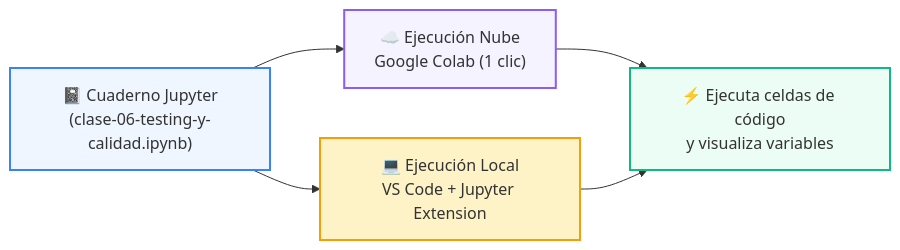
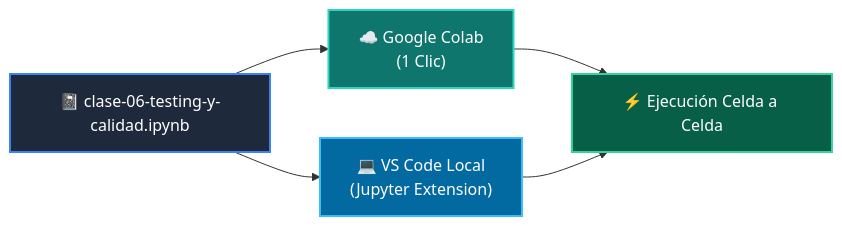
Before and after one commit to wisrovi/wisrovi-python: the diagram in 04-proyecto-final/clase-06-testing-y-calidad/notebook/README.md, drawn with Mermaid. The commit also changed other lines of this file and 271 other files, not shown here.

Commit message:
docs: rewrite all README.md files with bespoke topic-specific Mermaid diagrams and remove repetitive boilerplate

````diff
--- a/04-proyecto-final/clase-06-testing-y-calidad/notebook/README.md
+++ b/04-proyecto-final/clase-06-testing-y-calidad/notebook/README.md
@@ -14,12 +12,12 @@
 ```mermaid
 flowchart LR
-    NB["📓 Cuaderno Jupyter<br/>(clase-06-testing-y-calidad.ipynb)"] --> COLAB["☁️ Ejecución Nube<br/>Google Colab (1 clic)"]
-    NB --> LOCAL["💻 Ejecución Local<br/>VS Code + Jupyter Extension"]
-    COLAB --> RUN["⚡ Ejecuta celdas de código<br/>y visualiza variables"]
+    NB["📓 clase-06-testing-y-calidad.ipynb"] --> COLAB["☁️ Google Colab<br/>(1 Clic)"]
+    NB --> LOCAL["💻 VS Code Local<br/>(Jupyter Extension)"]
+    COLAB --> RUN["⚡ Ejecución Celda a Celda"]
     LOCAL --> RUN
 
-    style NB fill:#eff6ff,stroke:#3b82f6,stroke-width:2px
-    style COLAB fill:#f5f3ff,stroke:#8b5cf6,stroke-width:2px
-    style LOCAL fill:#fef3c7,stroke:#f59e0b,stroke-width:2px
-    style RUN fill:#ecfdf5,stroke:#10b981,stroke-width:2px
+    style NB fill:#1e293b,color:#fff,stroke:#3b82f6,stroke-width:2px
+    style COLAB fill:#0f766e,color:#fff,stroke:#2dd4bf,stroke-width:2px
+    style LOCAL fill:#0369a1,color:#fff,stroke:#38bdf8,stroke-width:2px
+    style RUN fill:#065f46,color:#fff,stroke:#34d399,stroke-width:2px
 ```
````
